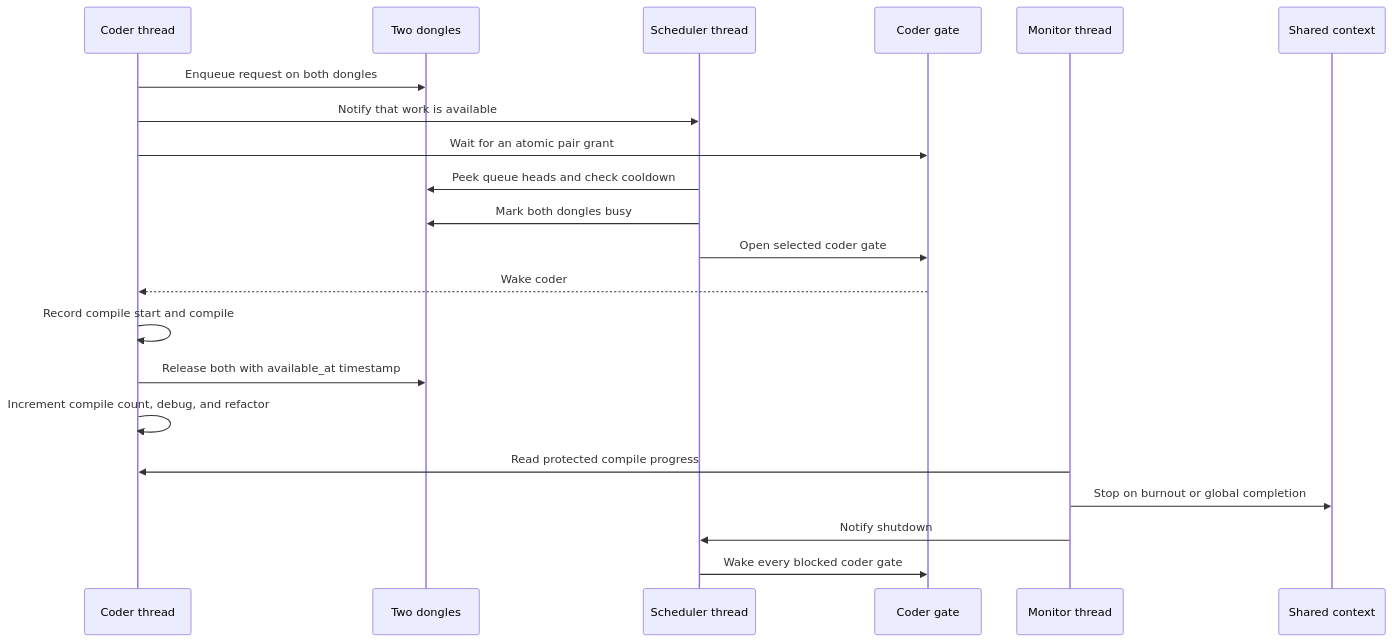
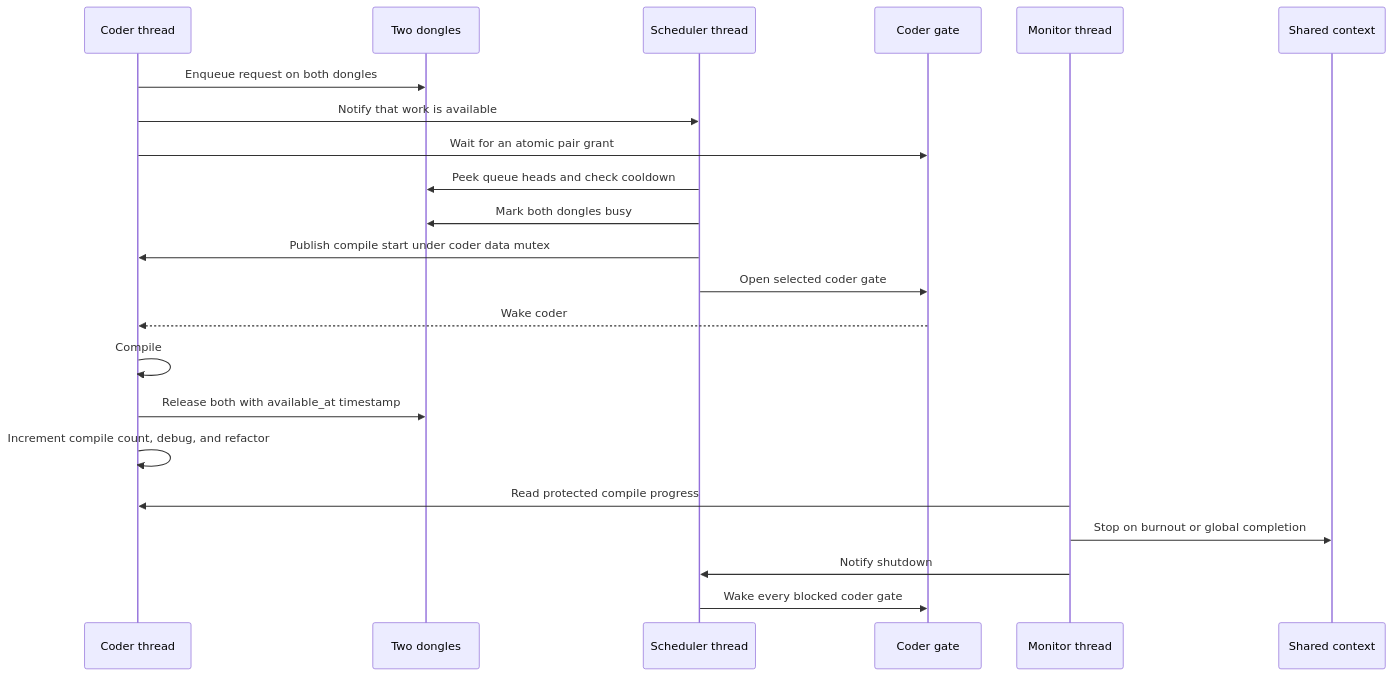
One commit to creerghost/codexion changed the second of 2 diagrams in README.md. Above: the diagram before and after it, drawn with Mermaid. The commit also changed 16 other files, not shown here.

````diff
--- a/README.md
+++ b/README.md
@@ -192,24 +192,25 @@
 ```mermaid
 sequenceDiagram
     participant C as Coder thread
     participant D as Two dongles
     participant S as Scheduler thread
     participant G as Coder gate
     participant M as Monitor thread
     participant X as Shared context
 
     C->>D: Enqueue request on both dongles
     C->>S: Notify that work is available
     C->>G: Wait for an atomic pair grant
     S->>D: Peek queue heads and check cooldown
     S->>D: Mark both dongles busy
+    S->>C: Publish compile start under coder data mutex
     S->>G: Open selected coder gate
     G-->>C: Wake coder
-    C->>C: Record compile start and compile
+    C->>C: Compile
     C->>D: Release both with available_at timestamp
     C->>C: Increment compile count, debug, and refactor
     M->>C: Read protected compile progress
     M->>X: Stop on burnout or global completion
     M->>S: Notify shutdown
     S->>G: Wake every blocked coder gate
 ```
````
